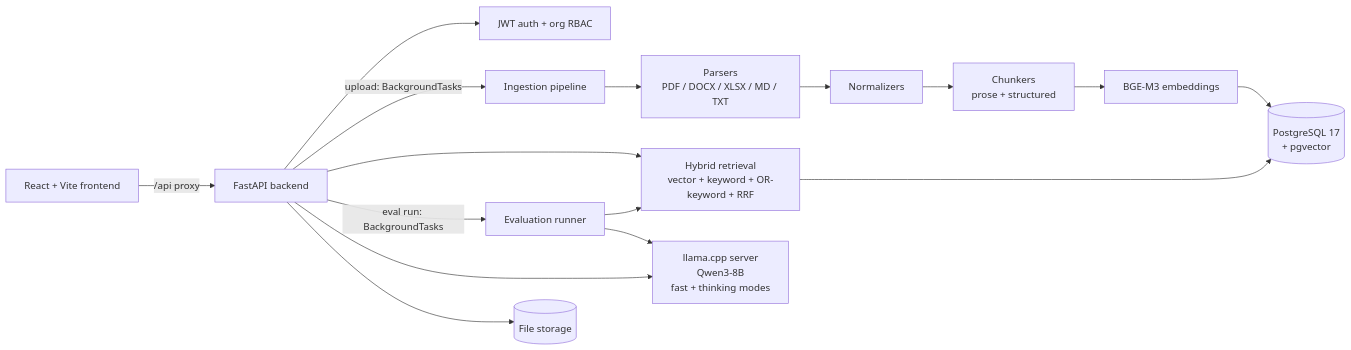
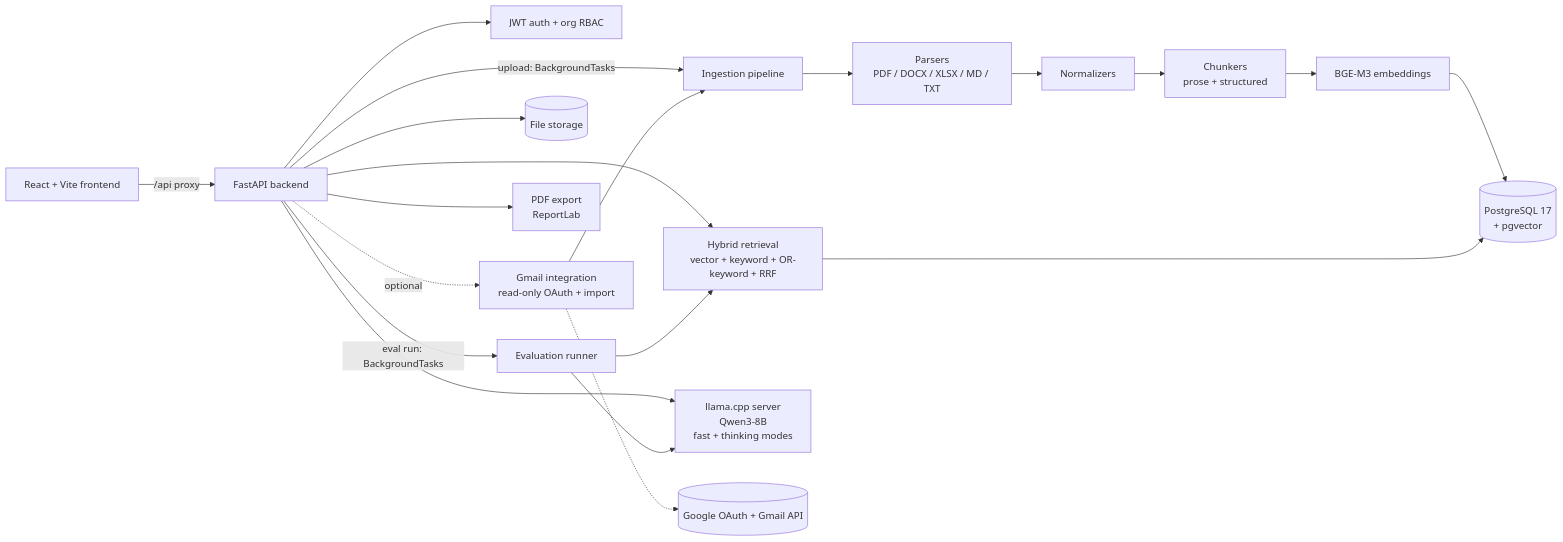
The diagram in README.md (Samir-pemi-magar/Docpilot), drawn with Mermaid before and after one commit. The commit also changed other lines of this file and 16 other files, not shown here.

Commit message:
docs: update README and architecture diagrams

````diff
--- a/README.md
+++ b/README.md
@@ -27,18 +30,22 @@
 ```mermaid
 flowchart LR
     UI[React + Vite frontend] -->|/api proxy| API[FastAPI backend]
     API --> AUTH[JWT auth + org RBAC]
     API -->|upload: BackgroundTasks| ING[Ingestion pipeline]
     ING --> PARSE[Parsers<br/>PDF / DOCX / XLSX / MD / TXT]
     PARSE --> NORM[Normalizers]
     NORM --> CHUNK[Chunkers<br/>prose + structured]
     CHUNK --> EMB[BGE-M3 embeddings]
     EMB --> PG[(PostgreSQL 17<br/>+ pgvector)]
     API --> RET[Hybrid retrieval<br/>vector + keyword + OR-keyword + RRF]
     RET --> PG
     API -->|eval run: BackgroundTasks| EVAL[Evaluation runner]
     EVAL --> RET
     API --> LLM[llama.cpp server<br/>Qwen3-8B<br/>fast + thinking modes]
     EVAL --> LLM
     API --> STORE[(File storage)]
+    API -.->|optional| GMAIL[Gmail integration<br/>read-only OAuth + import]
+    GMAIL -.-> GOOG[(Google OAuth + Gmail API)]
+    GMAIL --> ING
+    API --> PDF[PDF export<br/>ReportLab]
 ```
````
